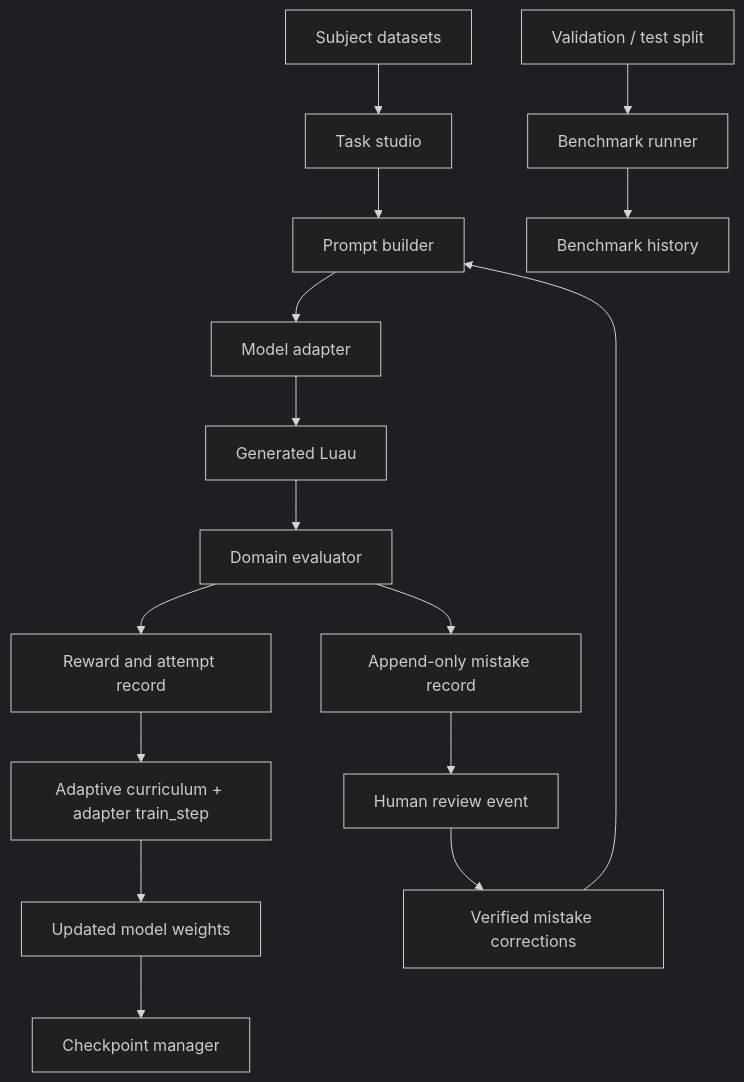
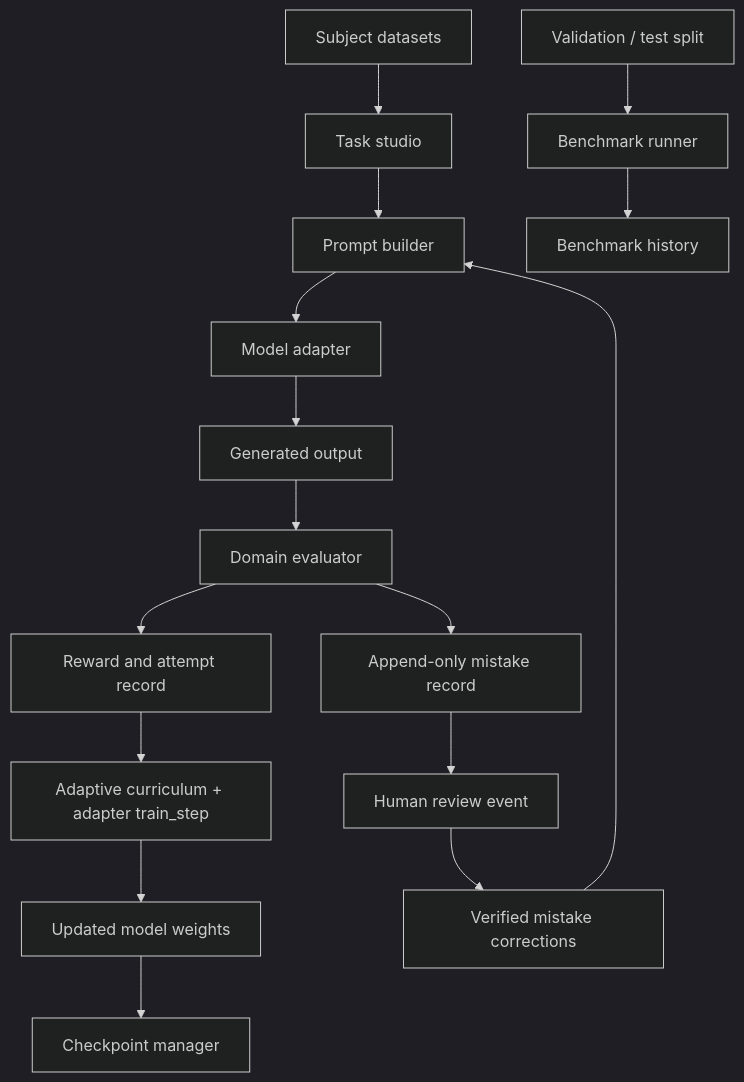
Before and after one commit to likith375/likith: the diagram in NeuralForge-RL-Lab/docs/architecture.md, drawn with Mermaid (dark theme). The commit also changed other lines of this file, not shown here.

Commit message:
Remove Luau-only architecture wording

````diff
--- a/NeuralForge-RL-Lab/docs/architecture.md
+++ b/NeuralForge-RL-Lab/docs/architecture.md
@@ -13,18 +13,18 @@
 ```mermaid
 flowchart TD
   A[Subject datasets] --> B[Task studio]
   B --> C[Prompt builder]
   D[Verified mistake corrections] --> C
   C --> E[Model adapter]
-  E --> F[Generated Luau]
+  E --> F[Generated output]
   F --> G[Domain evaluator]
   G --> H[Reward and attempt record]
   G --> I[Append-only mistake record]
   I --> J[Human review event]
   J --> D
   H --> K[Adaptive curriculum + adapter train_step]
   K --> L[Updated model weights]
   L --> M[Checkpoint manager]
   N[Validation / test split] --> O[Benchmark runner]
   O --> P[Benchmark history]
 ```
````
